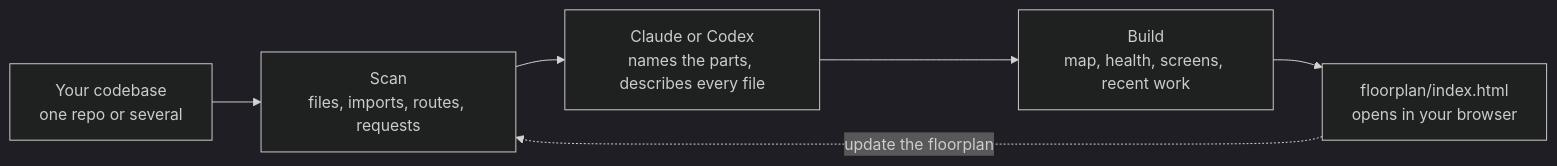
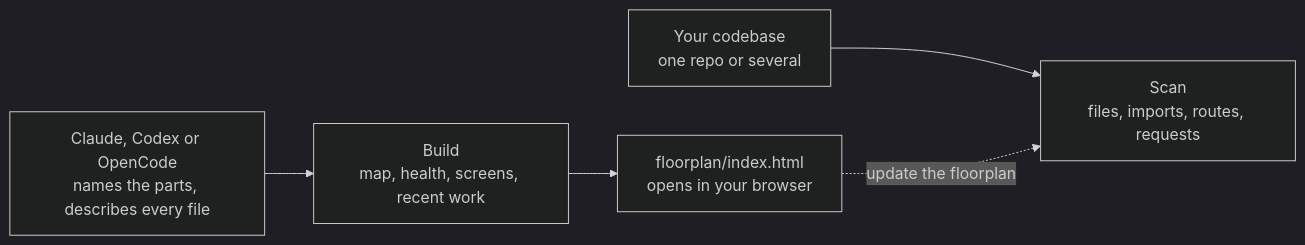
Before and after one commit to haydenschmitty/floorplan: the diagram in README.md, drawn with Mermaid (dark theme). The commit also changed other lines of this file and 25 other files, not shown here.

First line of the commit message:
Add OpenCode support

````diff
--- a/README.md
+++ b/README.md
@@ -230,8 +243,8 @@
 ```mermaid
 flowchart LR
     code["Your codebase<br/>one repo or several"] --> scan["Scan<br/>files, imports, routes, requests"]
-    scan --> agent["Claude or Codex<br/>names the parts, describes every file"]
+    agent["Claude, Codex or OpenCode<br/>names the parts, describes every file"]
     agent --> build["Build<br/>map, health, screens, recent work"]
     build --> map["floorplan/index.html<br/>opens in your browser"]
     map -. "update the floorplan" .-> scan
 ```
````
